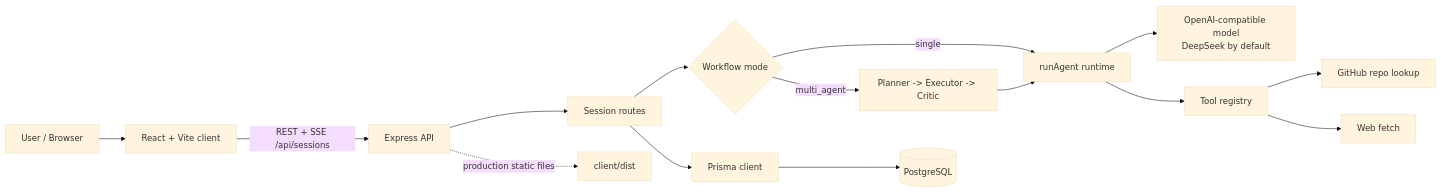
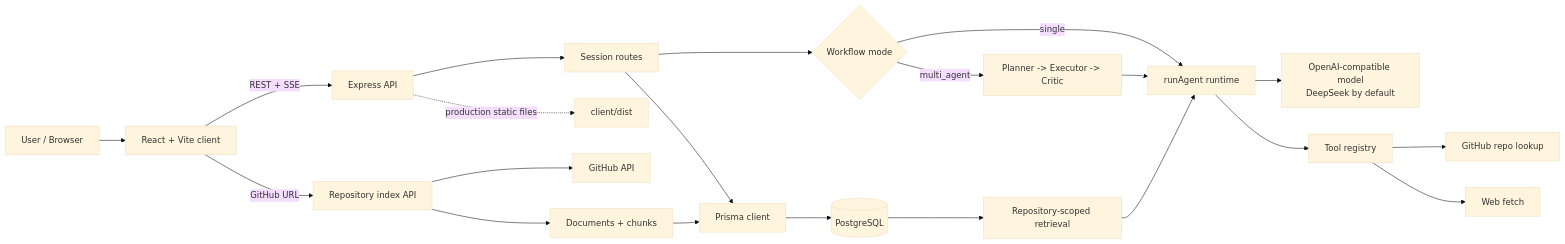
Before and after one commit to slince-zero/ai-agent-pro: the diagram in README.md, drawn with Mermaid (base theme). The commit also changed other lines of this file and 28 other files, not shown here.

Commit message:
[codex] Add repository-scoped GitHub import

````diff
--- a/README.md
+++ b/README.md
@@ -31,21 +33,28 @@
 ```mermaid
 flowchart LR
   user["User / Browser"] --> client["React + Vite client"]
-  client -->|"REST + SSE /api/sessions"| api["Express API"]
+  client -->|"REST + SSE"| api["Express API"]
+
+  client -->|"GitHub URL"| repositories["Repository index API"]
+  repositories --> githubApi["GitHub API"]
+  repositories --> documents["Documents + chunks"]
 
   api --> sessions["Session routes"]
   sessions --> mode{"Workflow mode"}
   mode -->|"single"| runtime["runAgent runtime"]
   mode -->|"multi_agent"| multi["Planner -> Executor -> Critic"]
   multi --> runtime
   runtime --> model["OpenAI-compatible model\nDeepSeek by default"]
   runtime --> tools["Tool registry"]
 
   tools --> github["GitHub repo lookup"]
   tools --> fetch["Web fetch"]
 
   sessions --> prisma["Prisma client"]
+  documents --> prisma
   prisma --> db[("PostgreSQL")]
+  db --> retrieval["Repository-scoped retrieval"]
+  retrieval --> runtime
 
   api -. "production static files" .-> static["client/dist"]
 ```
````
